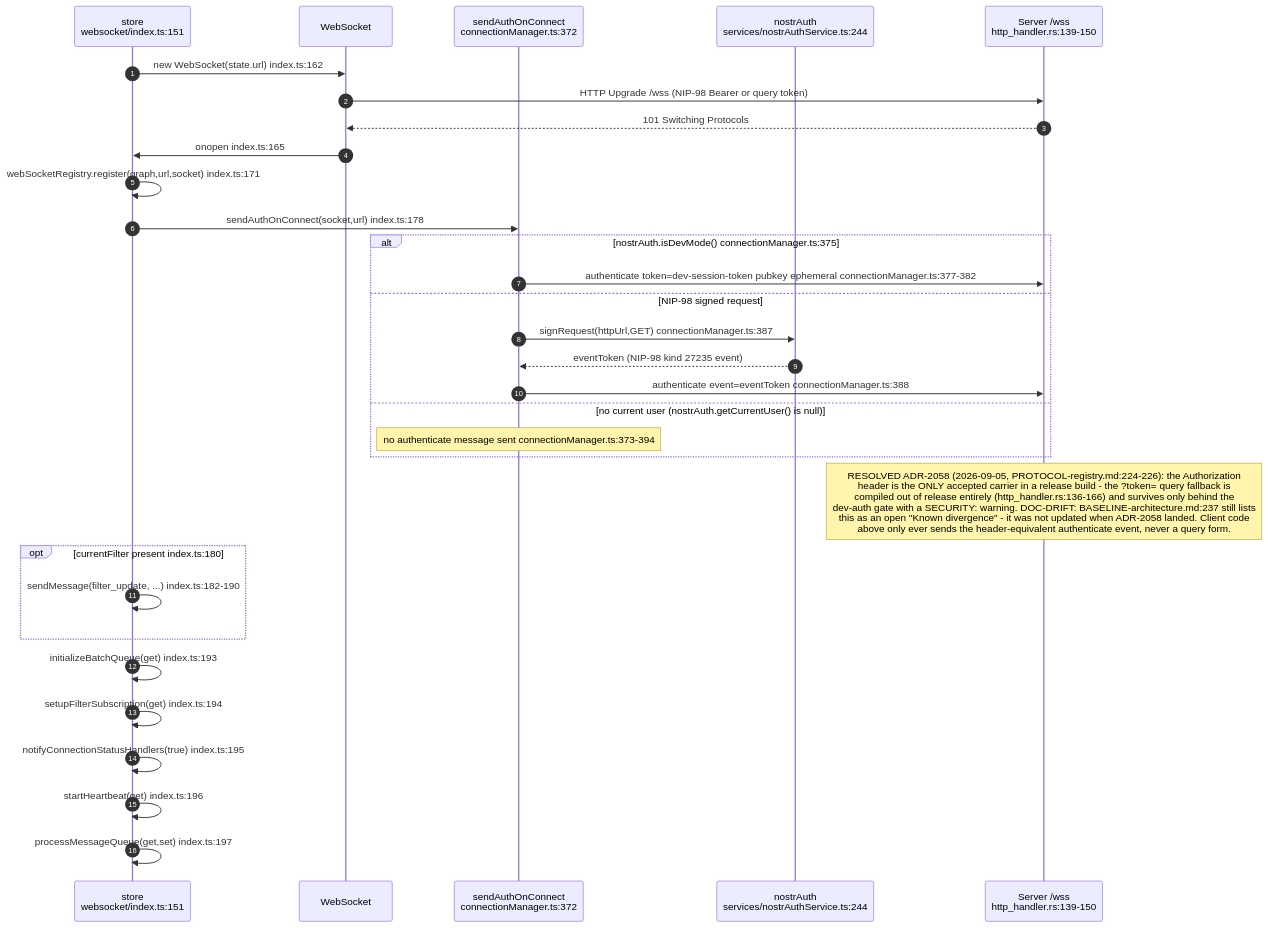
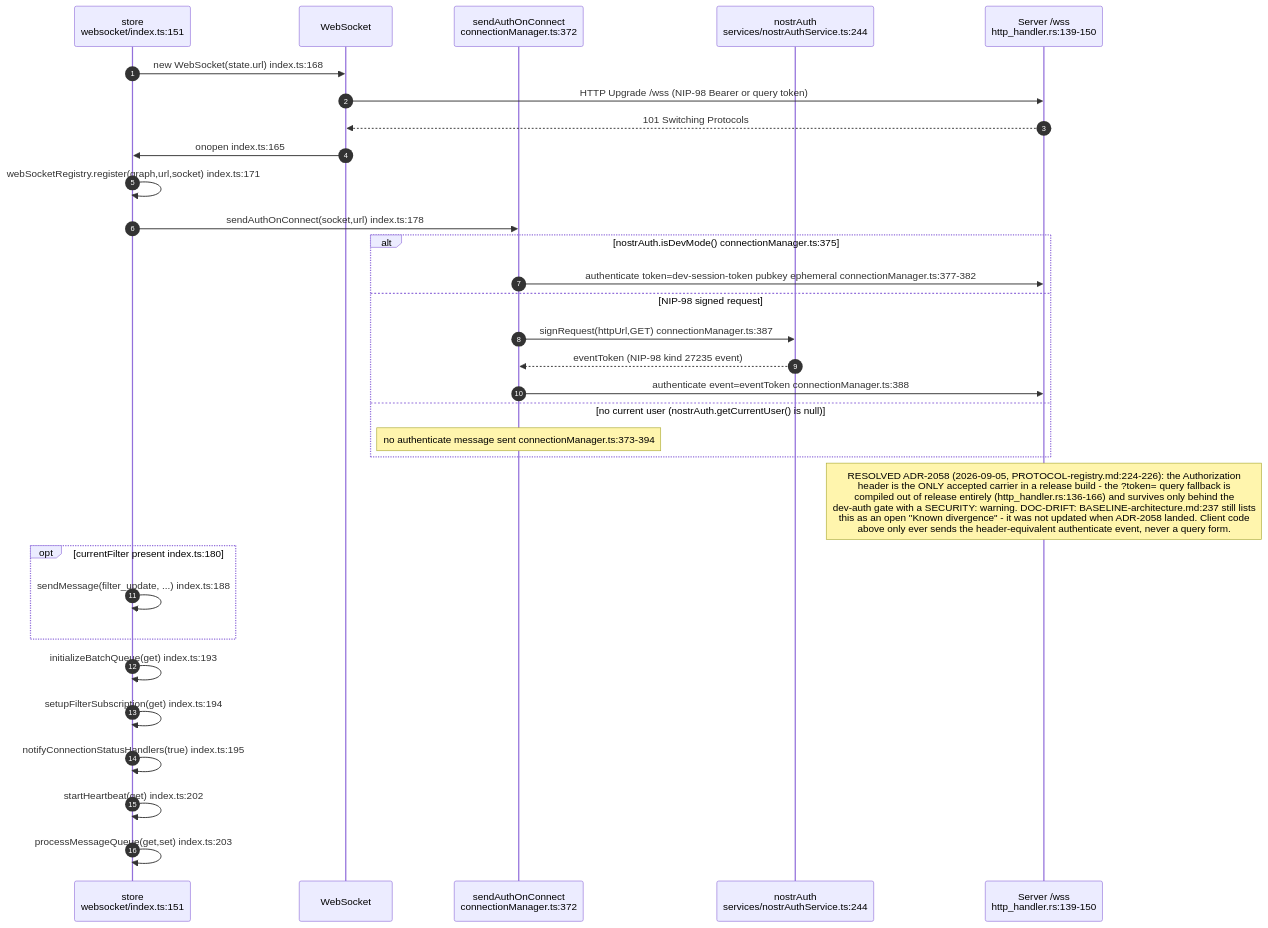
One commit to DreamLab-AI/VisionFlow changed the first of 16 diagrams in docs/diagrams/visionclaw/32-client-websocket-and-binary.md. Above: the diagram before and after it, drawn with Mermaid. The commit also changed other lines of this file and 51 other files, not shown here.

First line of the commit message:
docs(diagrams): agentbox AB-01..13 re-attested anchor by anchor (980 anchors, 22 defects); checkpoint against an out-of-mesh writer

````diff
--- a/docs/diagrams/visionclaw/32-client-websocket-and-binary.md
+++ b/docs/diagrams/visionclaw/32-client-websocket-and-binary.md
@@ -43,34 +43,34 @@
 ```mermaid
 sequenceDiagram
     autonumber
     participant C as store<br/>websocket/index.ts:151
     participant WS as WebSocket
     participant AH as sendAuthOnConnect<br/>connectionManager.ts:372
     participant NA as nostrAuth<br/>services/nostrAuthService.ts:244
     participant S as Server /wss<br/>http_handler.rs:139-150
 
-    C->>WS: new WebSocket(state.url) index.ts:162
+    C->>WS: new WebSocket(state.url) index.ts:168
     WS->>S: HTTP Upgrade /wss (NIP-98 Bearer or query token)
     S-->>WS: 101 Switching Protocols
     WS->>C: onopen index.ts:165
     C->>C: webSocketRegistry.register(graph,url,socket) index.ts:171
     C->>AH: sendAuthOnConnect(socket,url) index.ts:178
     alt nostrAuth.isDevMode() connectionManager.ts:375
         AH->>S: authenticate token=dev-session-token pubkey ephemeral connectionManager.ts:377-382
     else NIP-98 signed request
         AH->>NA: signRequest(httpUrl,GET) connectionManager.ts:387
         NA-->>AH: eventToken (NIP-98 kind 27235 event)
         AH->>S: authenticate event=eventToken connectionManager.ts:388
     else no current user (nostrAuth.getCurrentUser() is null)
         Note over AH: no authenticate message sent connectionManager.ts:373-394
     end
     Note over S: RESOLVED ADR-2058 (2026-09-05, PROTOCOL-registry.md:224-226): the Authorization<br/>header is the ONLY accepted carrier in a release build - the ?token= query fallback is<br/>compiled out of release entirely (http_handler.rs:136-166) and survives only behind the<br/>dev-auth gate with a SECURITY: warning. DOC-DRIFT: BASELINE-architecture.md:237 still lists<br/>this as an open "Known divergence" - it was not updated when ADR-2058 landed. Client code<br/>above only ever sends the header-equivalent authenticate event, never a query form.
     opt currentFilter present index.ts:180
-        C->>C: sendMessage(filter_update, ...) index.ts:182-190
+        C->>C: sendMessage(filter_update, ...) index.ts:188
     end
     C->>C: initializeBatchQueue(get) index.ts:193
     C->>C: setupFilterSubscription(get) index.ts:194
     C->>C: notifyConnectionStatusHandlers(true) index.ts:195
-    C->>C: startHeartbeat(get) index.ts:196
-    C->>C: processMessageQueue(get,set) index.ts:197
+    C->>C: startHeartbeat(get) index.ts:202
+    C->>C: processMessageQueue(get,set) index.ts:203
 ```
````
